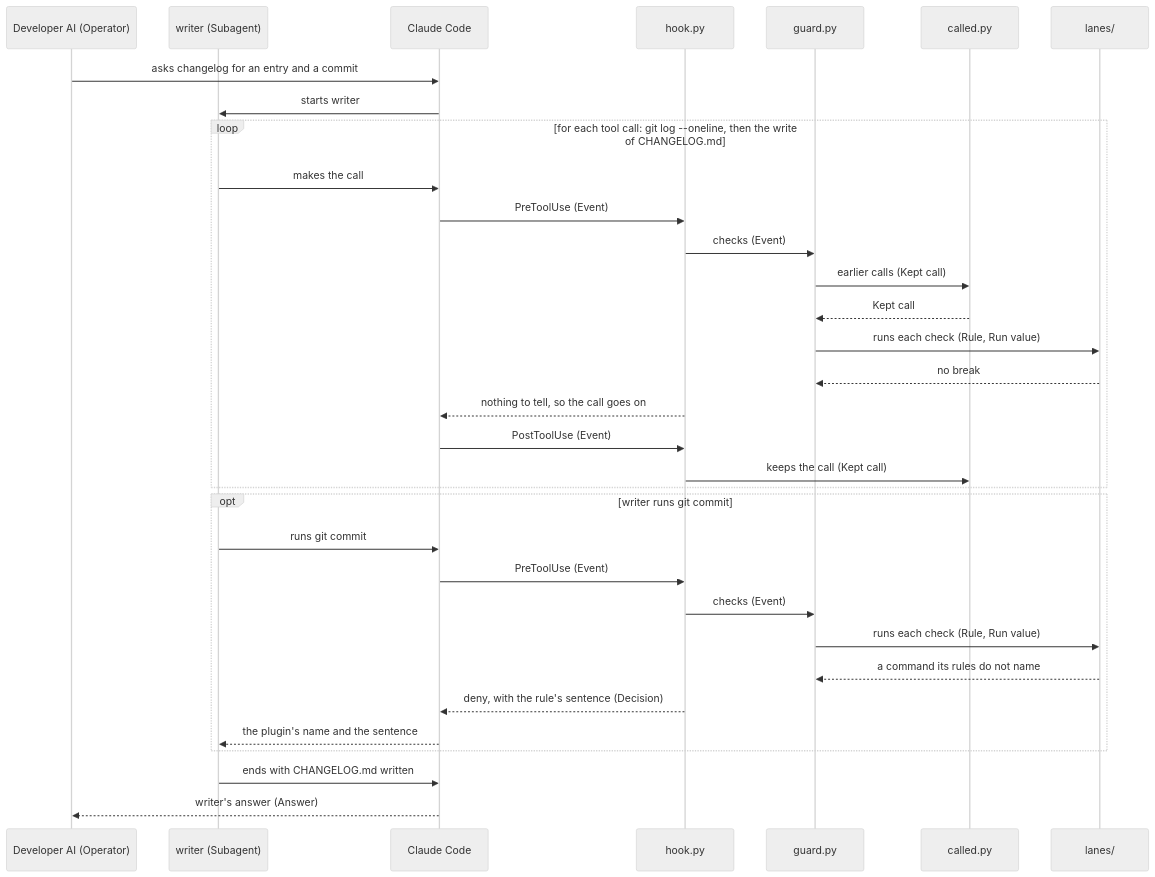
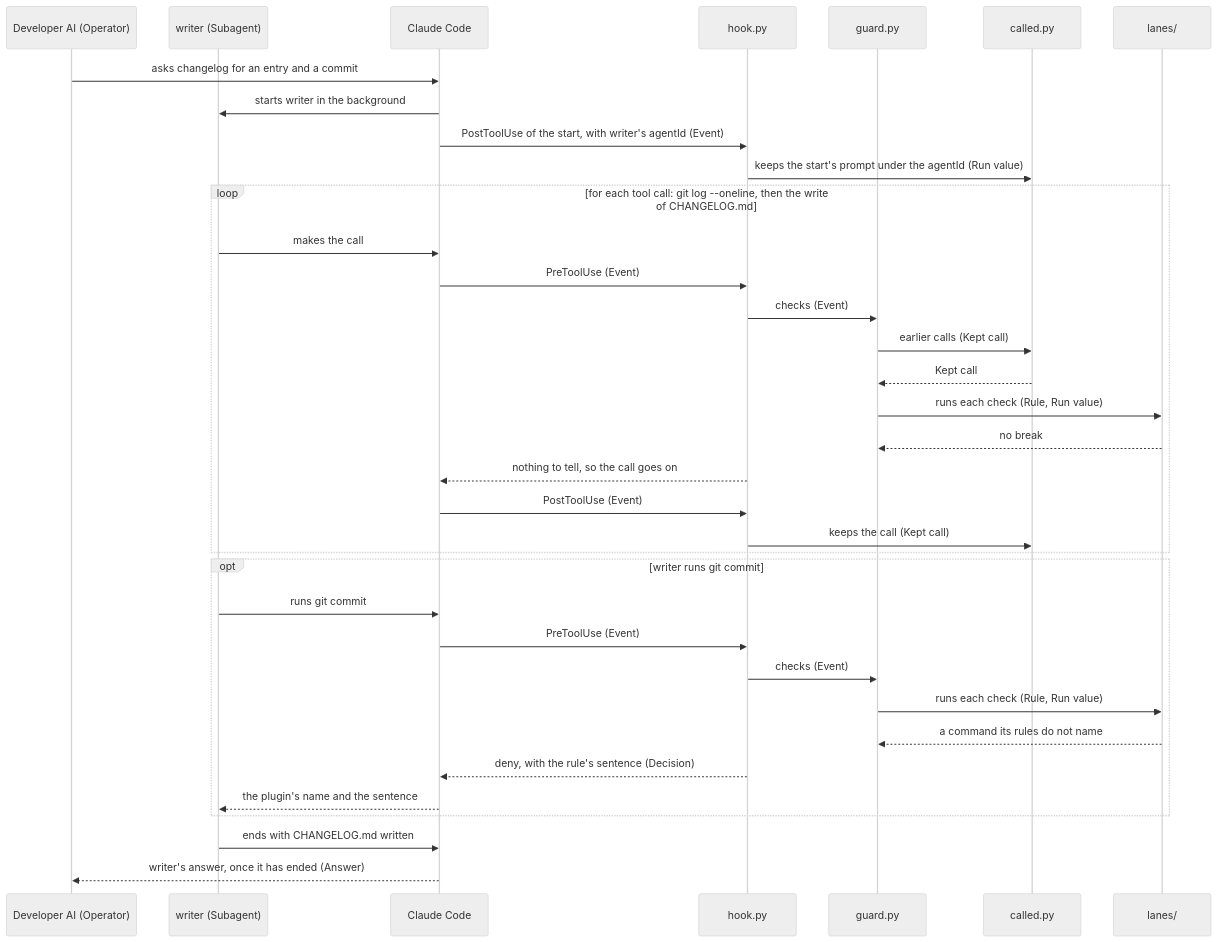
Before and after one commit to lovaizu/ccpm: the third of 5 diagrams in dev/lane/architecture.md, drawn with Mermaid (neutral theme). The commit also changed other lines of this file and 30 other files, not shown here.

````diff
--- a/dev/lane/architecture.md
+++ b/dev/lane/architecture.md
@@ -206,35 +206,37 @@
 ```mermaid
 sequenceDiagram
   participant OP as Developer AI (Operator)
   participant SA as writer (Subagent)
   participant CC as Claude Code
   participant H as hook.py
   participant G as guard.py
   participant C as called.py
   participant LN as lanes/
   OP->>CC: asks changelog for an entry and a commit
-  CC->>SA: starts writer
+  CC->>SA: starts writer in the background
+  CC->>H: PostToolUse of the start, with writer's agentId (Event)
+  H->>C: keeps the start's prompt under the agentId (Run value)
   loop for each tool call: git log --oneline, then the write of CHANGELOG.md
     SA->>CC: makes the call
     CC->>H: PreToolUse (Event)
     H->>G: checks (Event)
     G->>C: earlier calls (Kept call)
     C-->>G: Kept call
     G->>LN: runs each check (Rule, Run value)
     LN-->>G: no break
     H-->>CC: nothing to tell, so the call goes on
     CC->>H: PostToolUse (Event)
     H->>C: keeps the call (Kept call)
   end
   opt writer runs git commit
     SA->>CC: runs git commit
     CC->>H: PreToolUse (Event)
     H->>G: checks (Event)
     G->>LN: runs each check (Rule, Run value)
     LN-->>G: a command its rules do not name
     H-->>CC: deny, with the rule's sentence (Decision)
     CC-->>SA: the plugin's name and the sentence
   end
   SA->>CC: ends with CHANGELOG.md written
-  CC-->>OP: writer's answer (Answer)
+  CC-->>OP: writer's answer, once it has ended (Answer)
 ```
````
